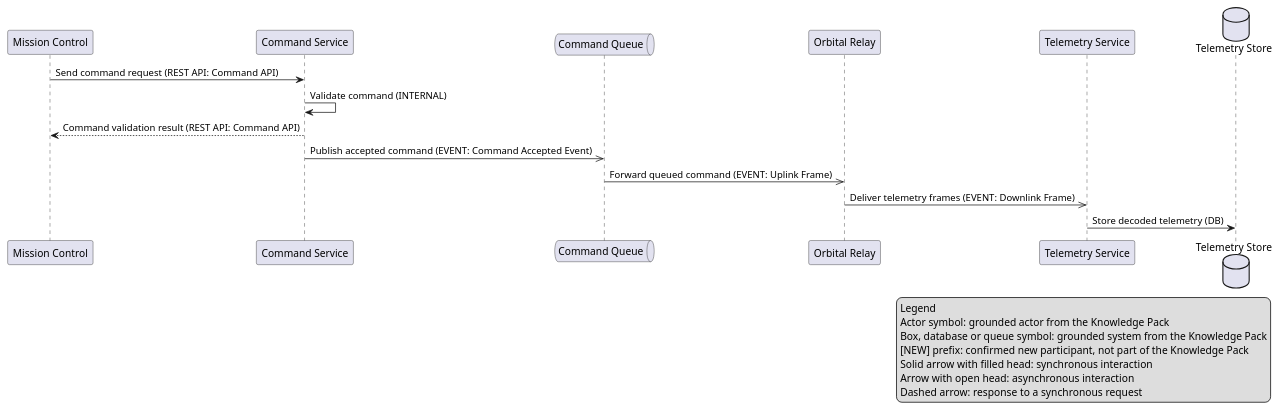
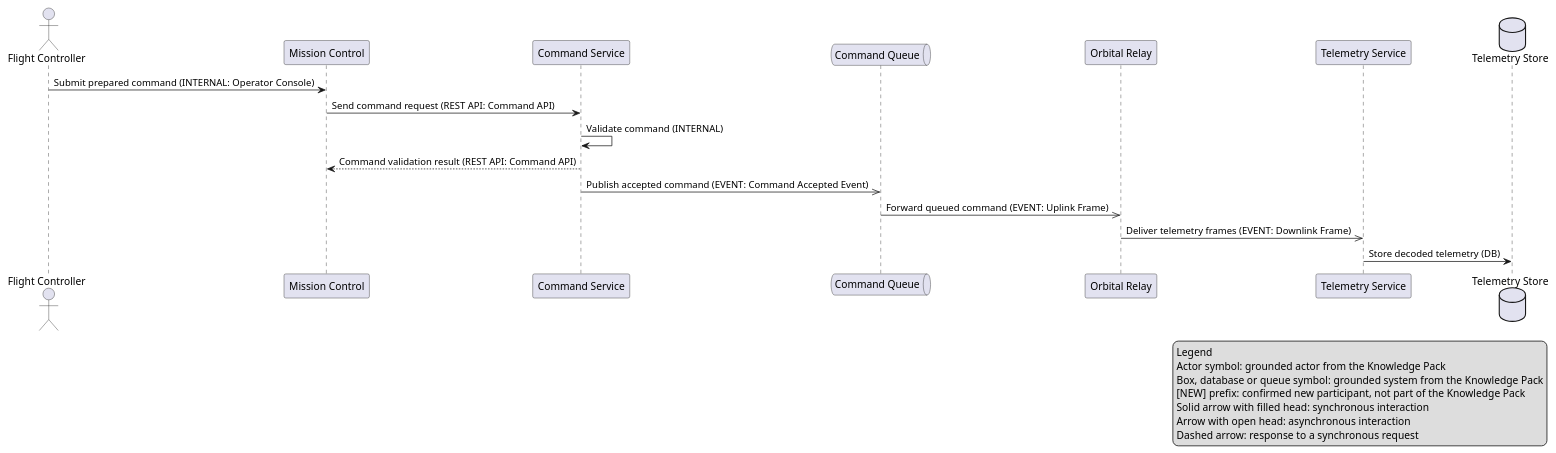
Before and after one commit to Setech-pl/archi-agent: the diagram in samples/space-mission/expected/telemetry-command-flow.puml, drawn with PlantUML. The commit also changed 16 other files, not shown here.

```diff
--- a/samples/space-mission/expected/telemetry-command-flow.puml
+++ b/samples/space-mission/expected/telemetry-command-flow.puml
@@ -1,34 +1,36 @@
 @startuml
 ' ArchGround sequence diagram
 ' diagram: telemetry-command-flow
 ' flow: Telemetry command flow
 ' author: Space Mission Sample Team
 ' language: en
 ' grounding digest: sha256:f884c9f47f411fd141bcc79eb6b2da88f11a8bb437a129f91304b11ef65922d2
 ' generator: scripted-demo
 
+actor "Flight Controller" as kp_flight_controller
 participant "Mission Control" as kp_mission_control
 participant "Command Service" as kp_command_service
 queue "Command Queue" as kp_command_queue
 participant "Orbital Relay" as kp_orbital_relay
 participant "Telemetry Service" as kp_telemetry_service
 database "Telemetry Store" as kp_telemetry_store
 
+kp_flight_controller -> kp_mission_control : Submit prepared command (INTERNAL: Operator Console)
 kp_mission_control -> kp_command_service : Send command request (REST API: Command API)
 kp_command_service -> kp_command_service : Validate command (INTERNAL)
 kp_command_service --> kp_mission_control : Command validation result (REST API: Command API)
 kp_command_service ->> kp_command_queue : Publish accepted command (EVENT: Command Accepted Event)
 kp_command_queue ->> kp_orbital_relay : Forward queued command (EVENT: Uplink Frame)
 kp_orbital_relay ->> kp_telemetry_service : Deliver telemetry frames (EVENT: Downlink Frame)
 kp_telemetry_service -> kp_telemetry_store : Store decoded telemetry (DB)
 
 legend right
 Legend
 Actor symbol: grounded actor from the Knowledge Pack
 Box, database or queue symbol: grounded system from the Knowledge Pack
 [NEW] prefix: confirmed new participant, not part of the Knowledge Pack
 Solid arrow with filled head: synchronous interaction
 Arrow with open head: asynchronous interaction
 Dashed arrow: response to a synchronous request
 endlegend
 @enduml
```
